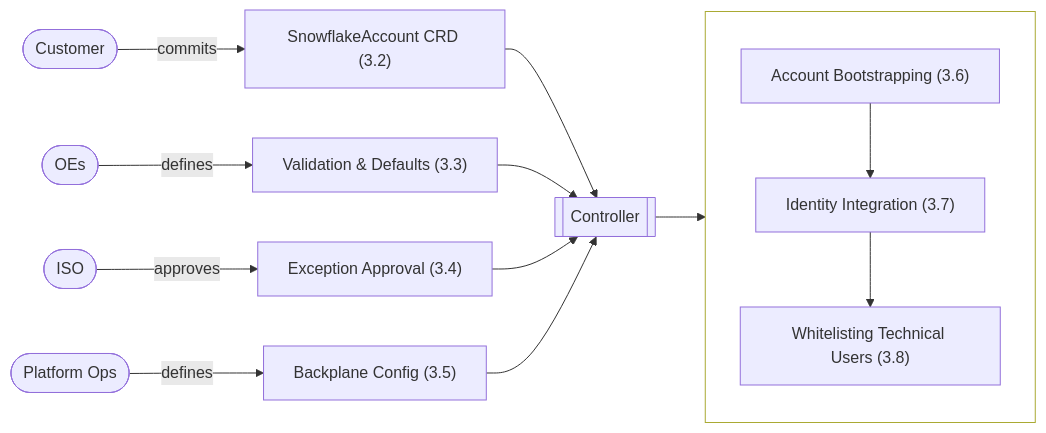
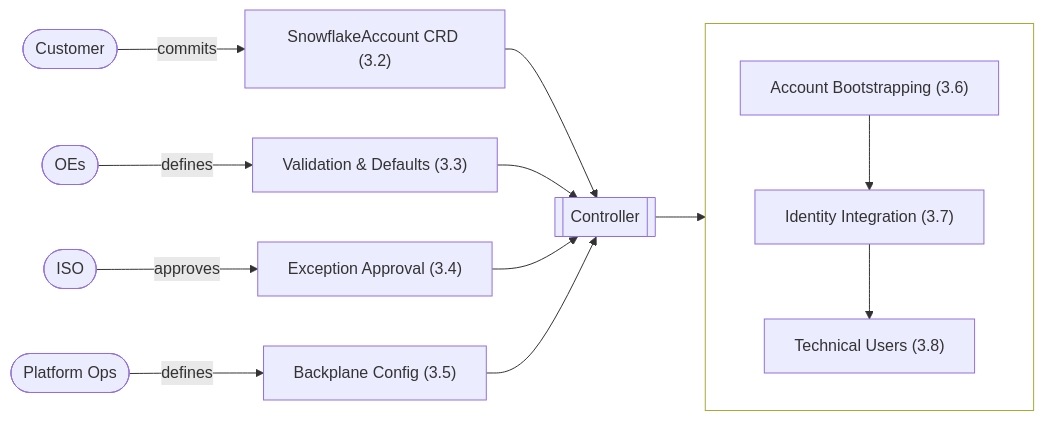
One commit to allianz/yukimi changed the diagram in specs/design.md. Above: the diagram before and after it, drawn with Mermaid. The commit also changed other lines of this file, not shown here.

````diff
--- a/specs/design.md
+++ b/specs/design.md
@@ -112,22 +112,22 @@
 ```mermaid
 flowchart LR
     Customer([Customer]) -->|commits| CRD["SnowflakeAccount CRD (3.2)"]
     OEs([OEs]) -->|defines| ValidationRules["Validation & Defaults (3.3)"]
     ISO([ISO]) -->|approves| Exceptions["Exception Approval (3.4)"]
     Ops([Platform Ops]) -->|defines| BackplaneConfig["Backplane Config (3.5)"]
 
     CRD --> Controller[[Controller]]
     ValidationRules --> Controller
     Exceptions --> Controller
     BackplaneConfig --> Controller
 
     Controller --> CreateFlow
 
     subgraph createFlowGroup [" "]
         direction TB
         CreateFlow["Account Bootstrapping (3.6)"] --> IdentityIntegration["Identity Integration (3.7)"]
-        IdentityIntegration --> Whitelisting["Whitelisting Technical Users (3.8)"]
+        IdentityIntegration --> Whitelisting["Technical Users (3.8)"]
     end
 
     style createFlowGroup fill:transparent
 ```
````
